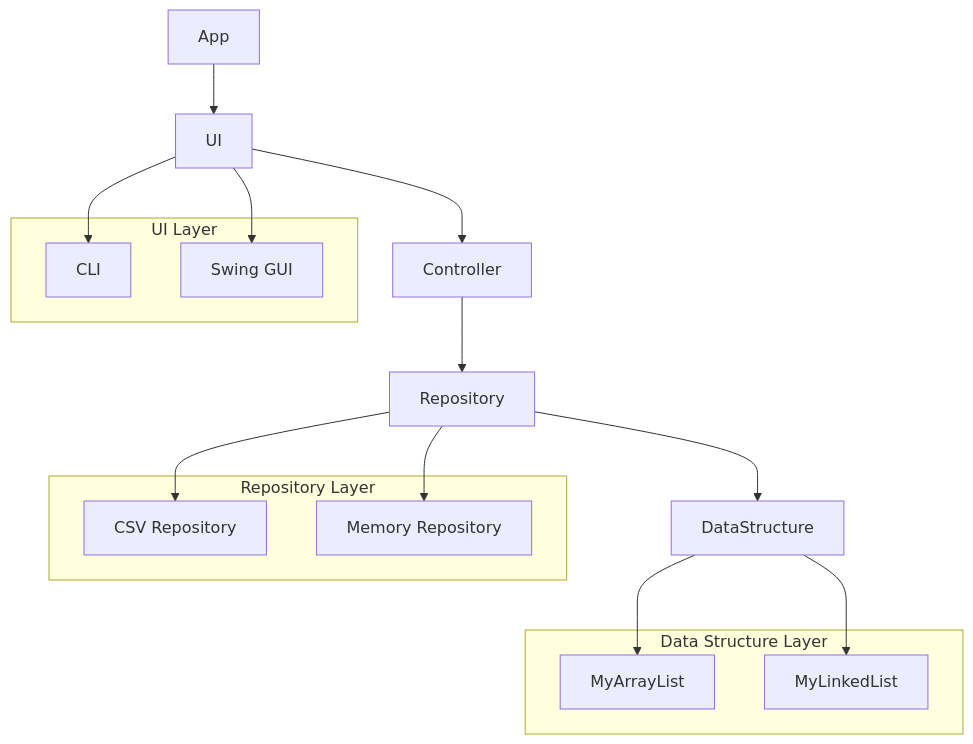
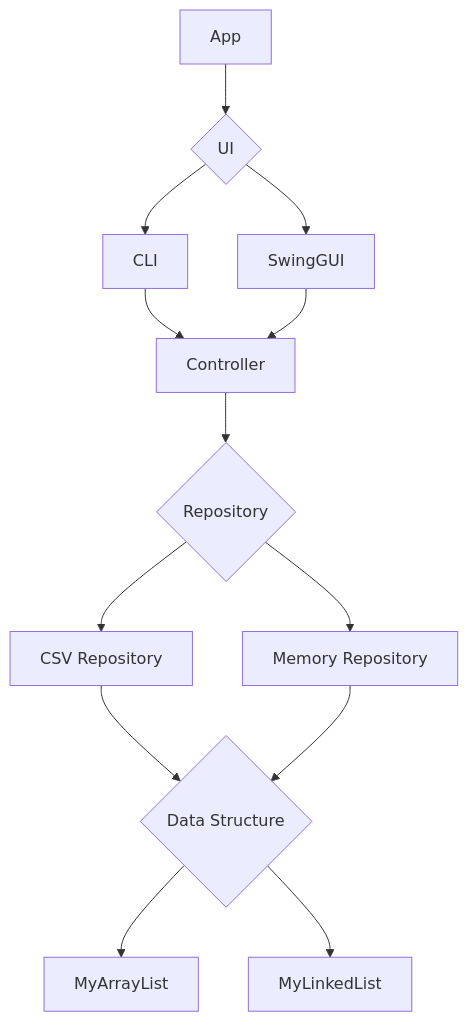
One commit to ilkkavv/person-crud-app changed the diagram in README.md. Above: the diagram before and after it, drawn with Mermaid.

Commit message:
docs(readme): redesign mermaid architecture diagram

````diff
--- a/README.md
+++ b/README.md
@@ -126,31 +126,19 @@
 ```mermaid
 graph TD
-    App --> UI
-    UI --> Controller
-    Controller --> Repository
-    Repository --> DataStructure
+    App --> UI{UI}
+    UI --> CLI
+    UI --> SwingGUI
 
-    subgraph UI Layer
-        Cli[CLI]
-        SwingGui[Swing GUI]
-    end
+    CLI --> Controller
+    SwingGUI --> Controller
 
-    subgraph Repository Layer
-        CsvRepo[CSV Repository]
-        MemRepo[Memory Repository]
-    end
+    Controller --> Repository{Repository}
+    Repository --> CsvRepository[CSV Repository]
+    Repository --> MemRepository[Memory Repository]
 
-    subgraph Data Structure Layer
-        ArrayList[MyArrayList]
-        LinkedList[MyLinkedList]
-    end
+    CsvRepository --> DataStructure{Data Structure}
+    MemRepository --> DataStructure
 
-    UI --> Cli
-    UI --> SwingGui
-
-    Repository --> CsvRepo
-    Repository --> MemRepo
-
-    DataStructure --> ArrayList
-    DataStructure --> LinkedList
+    DataStructure --> MyArrayList
+    DataStructure --> MyLinkedList
 ```
````
